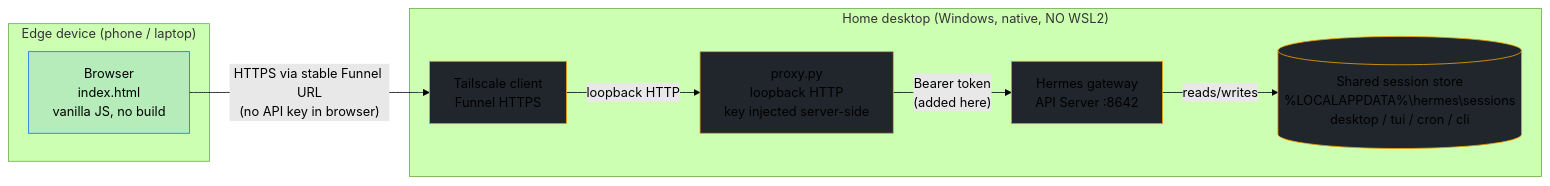
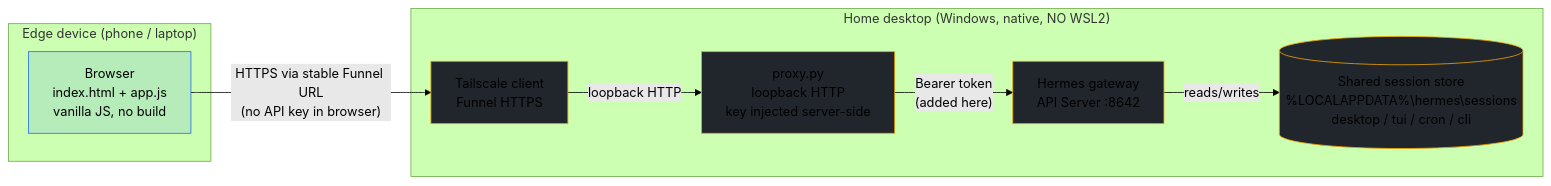
The diagram in README.md (mr-september/hermes-uplink), drawn with Mermaid (forest theme) before and after one commit. The commit also changed other lines of this file and 3 other files, not shown here.

Commit message:
docs: rewrite ARCHITECTURE, replace clarify spec with protocol doc, remove stale report, refresh status

````diff
--- a/README.md
+++ b/README.md
@@ -55,20 +54,20 @@
 ```mermaid
 flowchart LR
     subgraph EDGE["Edge device (phone / laptop)"]
-        B[Browser<br/>index.html<br/>vanilla JS, no build]
+        B[Browser<br/>index.html + app.js<br/>vanilla JS, no build]
     end
     subgraph DESKTOP["Home desktop (Windows, native, NO WSL2)"]
         P[proxy.py<br/>loopback HTTP<br/>key injected server-side]
         A[Hermes gateway<br/>API Server :8642]
         R[(Shared session store<br/>%LOCALAPPDATA%\hermes\sessions<br/>desktop / tui / cron / cli)]
         TS[Tailscale client<br/>Funnel HTTPS]
     end
     B -- "HTTPS via stable Funnel URL<br/>(no API key in browser)" --> TS
     TS -- "loopback HTTP" --> P
     P -- "Bearer token<br/>(added here)" --> A
     A -- "reads/writes" --> R
     classDef edge fill:#1f6feb22,stroke:#1f6feb;
     classDef desk fill:#21262d,stroke:#f0a500;
     class B edge;
     class P,A,R,TS desk;
 ```
````
